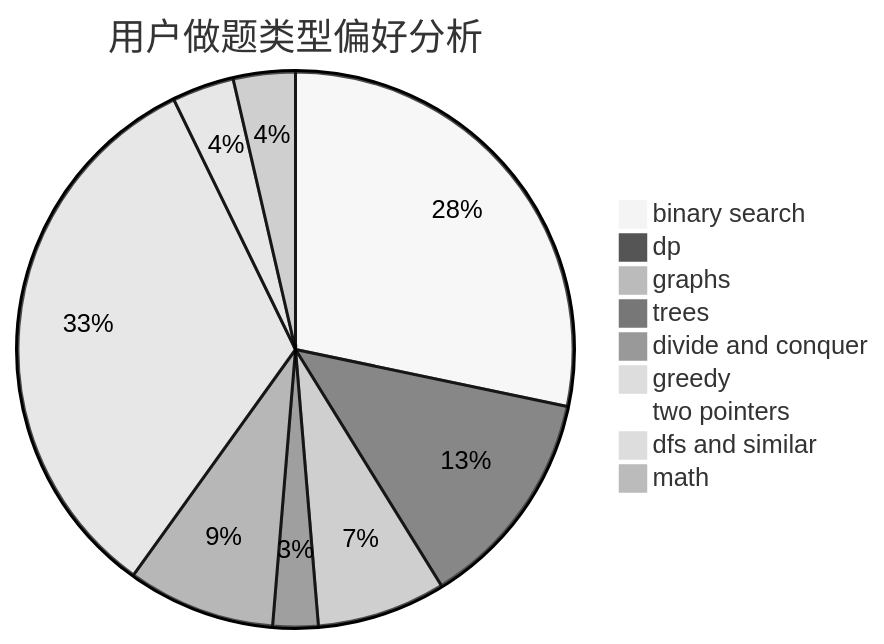
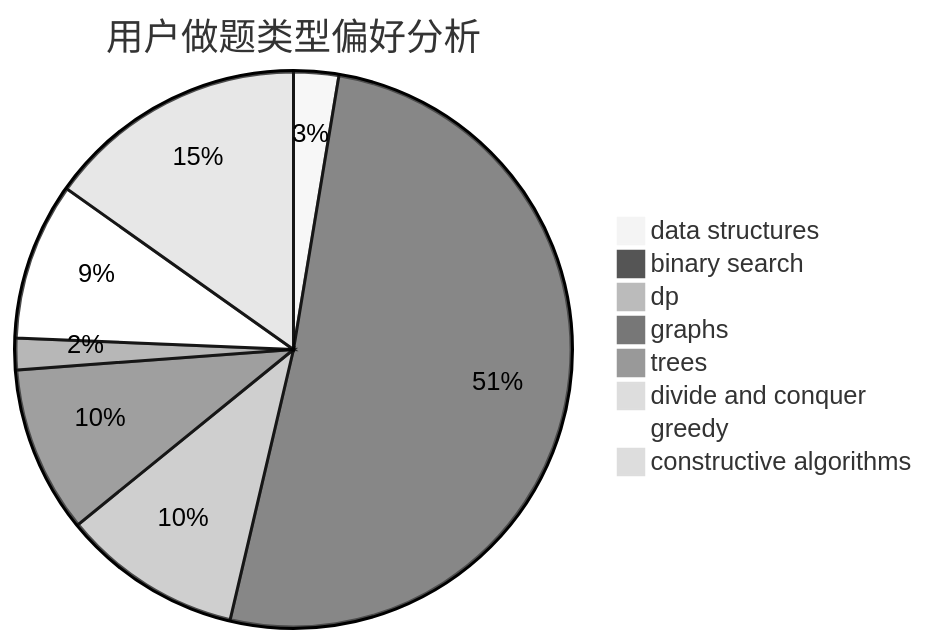
One commit to sherpahu/cfrs.github.io changed the second of 3 diagrams in docs/user/u2032.md. Above: the diagram before and after it, drawn with Mermaid (neutral theme). The commit also changed other lines of this file and 2775 other files, not shown here.

````diff
--- a/docs/user/u2032.md
+++ b/docs/user/u2032.md
@@ -23,12 +23,11 @@
 ```mermaid
 pie title 用户做题类型偏好分析
-    "binary search" :  204
-    "dp" :  93
-    "graphs" :  54
-    "trees" :  19
-    "divide and conquer" :  62
-    "greedy" :  237
-    "two pointers" :  4
-    "dfs and similar" :  26
-    "math" :  26
+    "data structures" :  10
+    "binary search" :  195
+    "dp" :  40
+    "graphs" :  37
+    "trees" :  7
+    "divide and conquer" :  0
+    "greedy" :  35
+    "constructive algorithms" :  58
 ```
````
